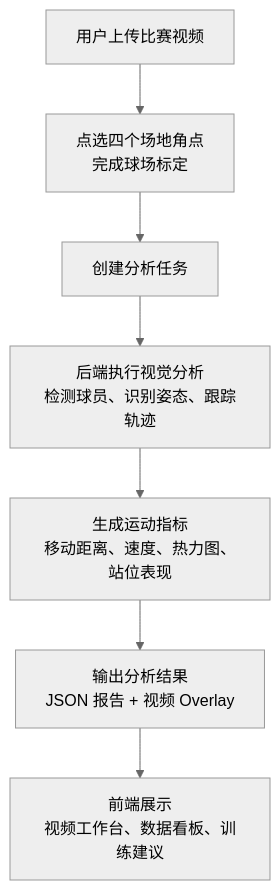
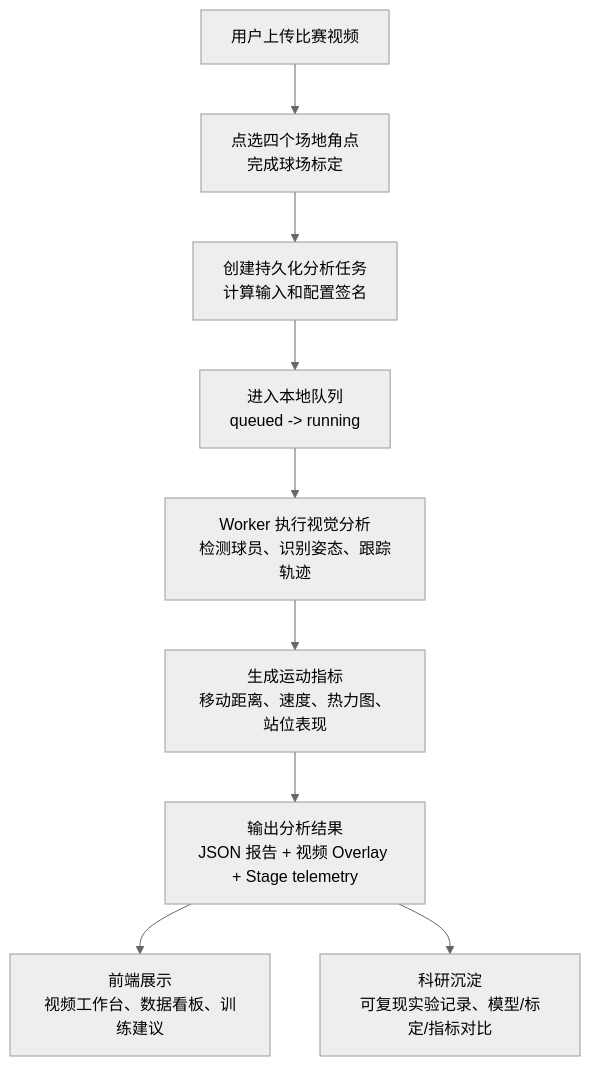
Before and after one commit to TuIanL/bsu-pickleball: the second of 2 diagrams in system-architecture.md, drawn with Mermaid (neutral theme). The commit also changed other lines of this file and 34 other files, not shown here.

````diff
--- a/system-architecture.md
+++ b/system-architecture.md
@@ -31,9 +35,11 @@
 ```mermaid
 flowchart TD
   start["用户上传比赛视频"] --> calibrate["点选四个场地角点<br/>完成球场标定"]
-  calibrate --> create["创建分析任务"]
-  create --> analyze["后端执行视觉分析<br/>检测球员、识别姿态、跟踪轨迹"]
+  calibrate --> create["创建持久化分析任务<br/>计算输入和配置签名"]
+  create --> queue["进入本地队列<br/>queued -> running"]
+  queue --> analyze["Worker 执行视觉分析<br/>检测球员、识别姿态、跟踪轨迹"]
   analyze --> metrics["生成运动指标<br/>移动距离、速度、热力图、站位表现"]
-  metrics --> result["输出分析结果<br/>JSON 报告 + 视频 Overlay"]
+  metrics --> result["输出分析结果<br/>JSON 报告 + 视频 Overlay + Stage telemetry"]
   result --> display["前端展示<br/>视频工作台、数据看板、训练建议"]
+  result --> research["科研沉淀<br/>可复现实验记录、模型/标定/指标对比"]
 ```
````
